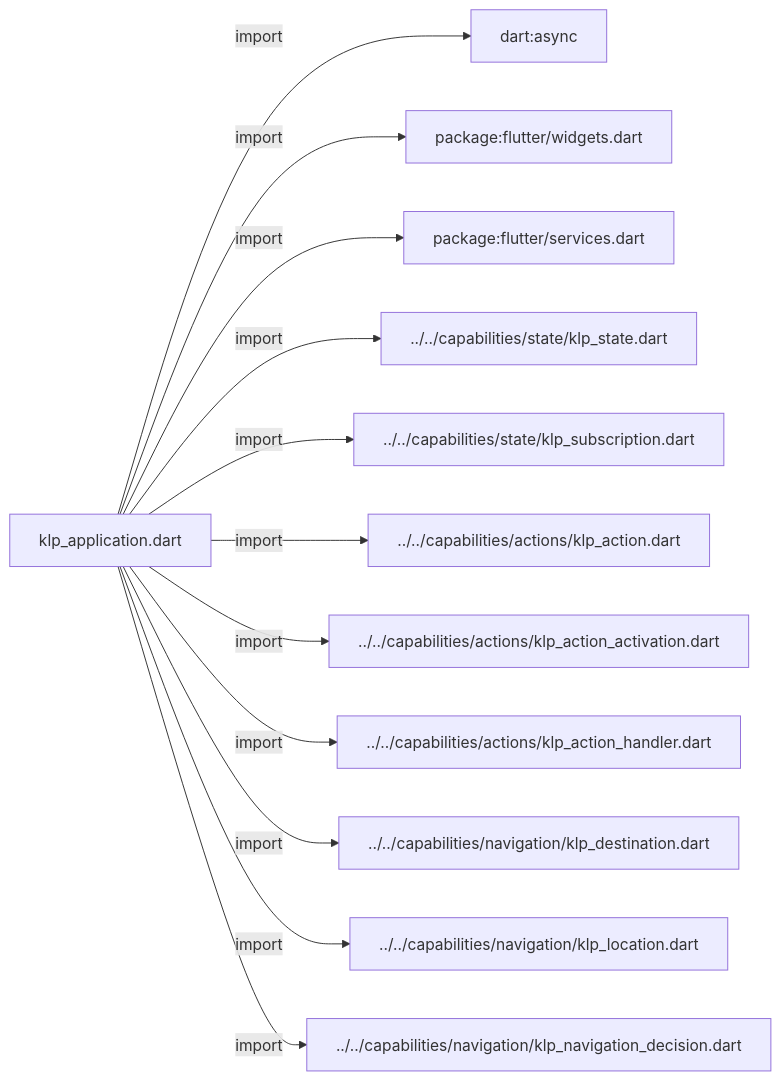
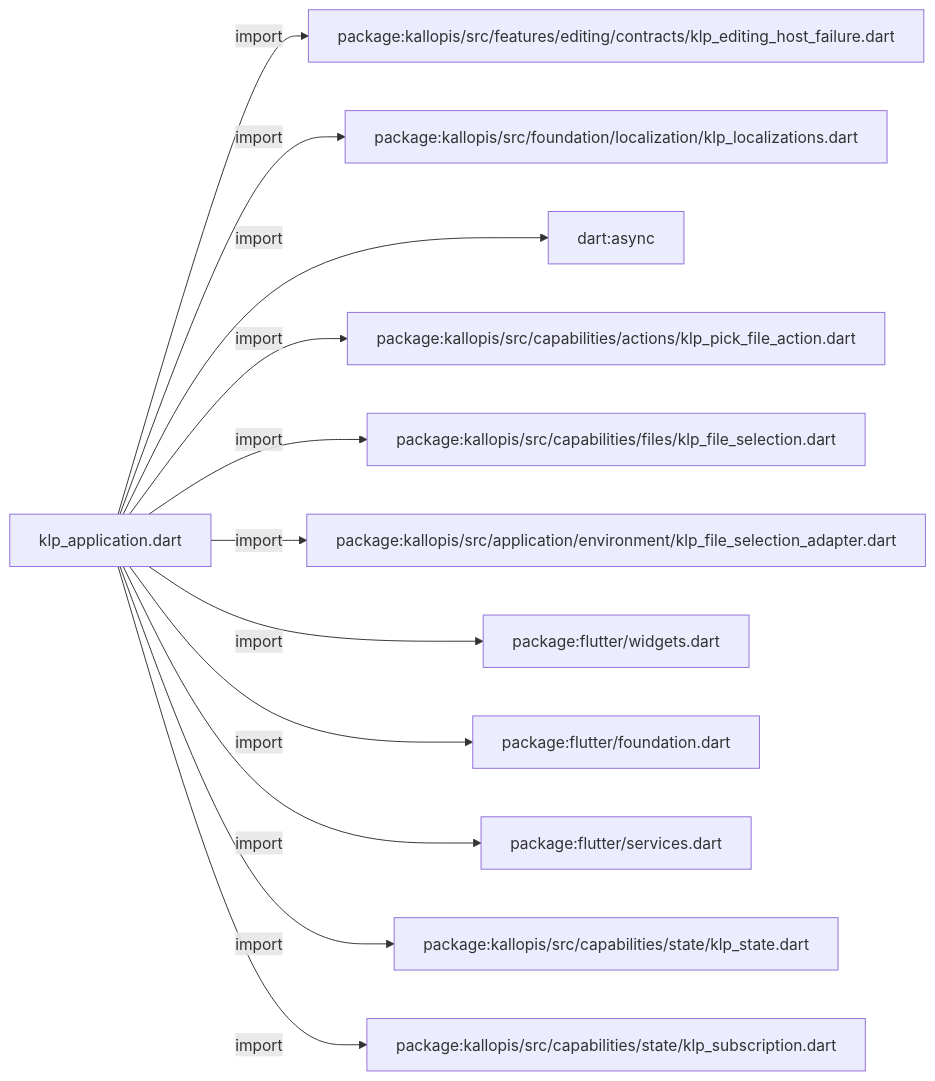
The first of 7 diagrams in docs/architecture/src/application/structure/klp_application.md (MiuDog/Kallopis), drawn with Mermaid before and after one commit. The commit also changed other lines of this file and 9688 other files, not shown here.

Commit message:
Prepare isolated Flow F2 peer baseline

````diff
--- a/docs/architecture/src/application/structure/klp_application.md
+++ b/docs/architecture/src/application/structure/klp_application.md
@@ -11,26 +11,26 @@
 ```mermaid
 flowchart LR
 	n0["klp_application.dart"]
-	n1["dart:async"]
-	n2["package:flutter/widgets.dart"]
-	n3["package:flutter/services.dart"]
-	n4["../../capabilities/state/klp_state.dart"]
-	n5["../../capabilities/state/klp_subscription.dart"]
-	n6["../../capabilities/actions/klp_action.dart"]
-	n7["../../capabilities/actions/klp_action_activation.dart"]
-	n8["../../capabilities/actions/klp_action_handler.dart"]
-	n9["../../capabilities/navigation/klp_destination.dart"]
-	n10["../../capabilities/navigation/klp_location.dart"]
-	n11["../../capabilities/navigation/klp_navigation_decision.dart"]
+	n1["package:kallopis/src/features/editing/contracts/klp_editing_host_failure.dart"]
+	n2["package:kallopis/src/foundation/localization/klp_localizations.dart"]
+	n3["dart:async"]
+	n4["package:kallopis/src/capabilities/actions/klp_pick_file_action.dart"]
+	n5["package:kallopis/src/capabilities/files/klp_file_selection.dart"]
+	n6["package:kallopis/src/application/environment/klp_file_selection_adapter.dart"]
+	n7["package:flutter/widgets.dart"]
+	n8["package:flutter/foundation.dart"]
+	n9["package:flutter/services.dart"]
+	n10["package:kallopis/src/capabilities/state/klp_state.dart"]
+	n11["package:kallopis/src/capabilities/state/klp_subscription.dart"]
 	n0 -->|"import"| n1
 	n0 -->|"import"| n2
 	n0 -->|"import"| n3
 	n0 -->|"import"| n4
 	n0 -->|"import"| n5
 	n0 -->|"import"| n6
 	n0 -->|"import"| n7
 	n0 -->|"import"| n8
 	n0 -->|"import"| n9
 	n0 -->|"import"| n10
 	n0 -->|"import"| n11
 ```
````
